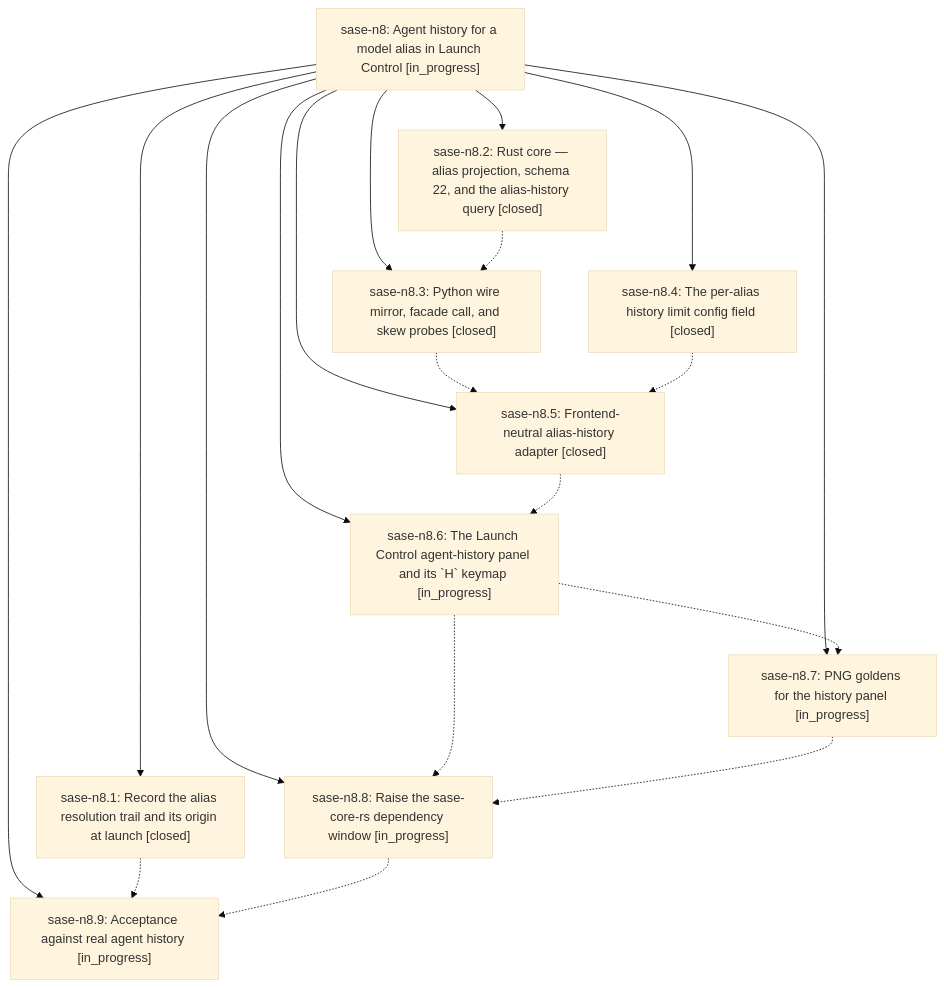
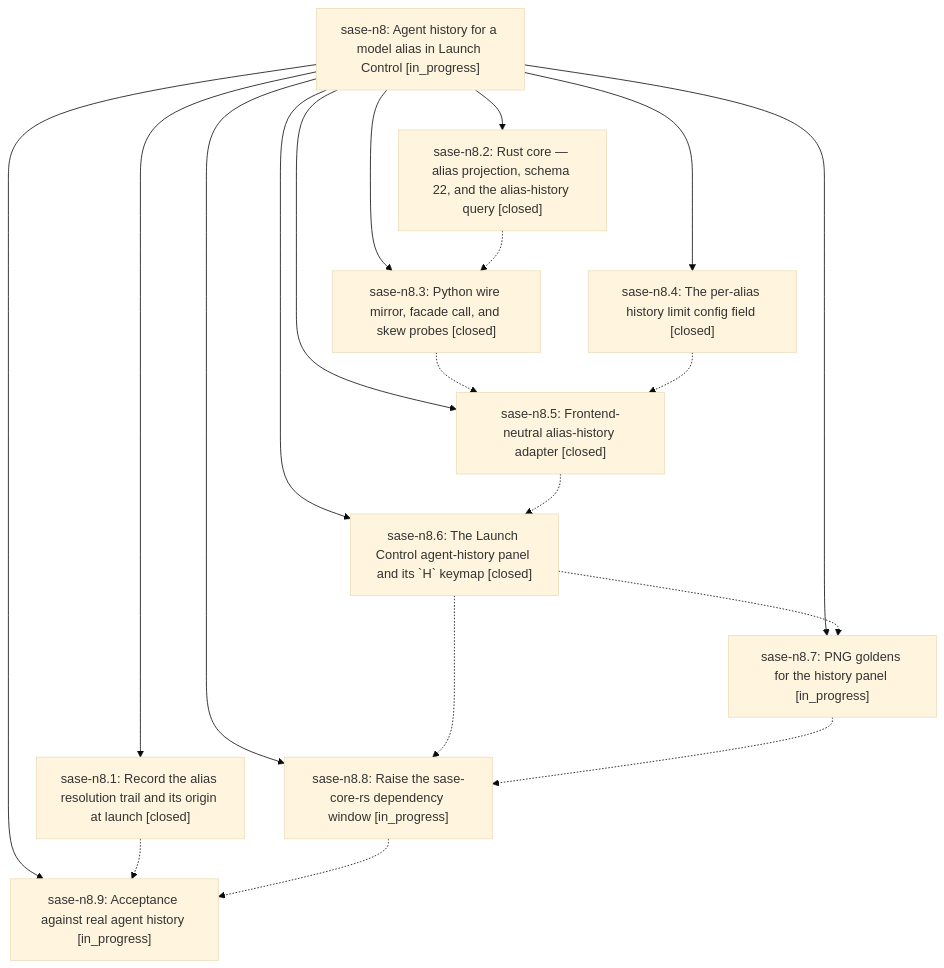
The diagram in pages/sase-n8/README.md (sase-org/sase--beads), drawn with Mermaid (base theme) before and after one commit. The commit also changed other lines of this file and 4 other files, not shown here.

````diff
--- a/pages/sase-n8/README.md
+++ b/pages/sase-n8/README.md
@@ -40,31 +40,31 @@
 ```mermaid
 flowchart TD
     n0["sase-n8: Agent history for a model alias in Launch Control [in_progress]"]
     n1["sase-n8.1: Record the alias resolution trail and its origin at launch [closed]"]
     n2["sase-n8.2: Rust core — alias projection, schema 22, and the alias-history query [closed]"]
     n3["sase-n8.3: Python wire mirror, facade call, and skew probes [closed]"]
     n4["sase-n8.4: The per-alias history limit config field [closed]"]
     n5["sase-n8.5: Frontend-neutral alias-history adapter [closed]"]
-    n6["sase-n8.6: The Launch Control agent-history panel and its `H` keymap [in_progress]"]
+    n6["sase-n8.6: The Launch Control agent-history panel and its `H` keymap [closed]"]
     n7["sase-n8.7: PNG goldens for the history panel [in_progress]"]
     n8["sase-n8.8: Raise the sase-core-rs dependency window [in_progress]"]
     n9["sase-n8.9: Acceptance against real agent history [in_progress]"]
     n0 --> n1
     n0 --> n2
     n0 --> n3
     n0 --> n4
     n0 --> n5
     n0 --> n6
     n0 --> n7
     n0 --> n8
     n0 --> n9
     n1 -.-> n9
     n2 -.-> n3
     n3 -.-> n5
     n4 -.-> n5
     n5 -.-> n6
     n6 -.-> n7
     n6 -.-> n8
     n7 -.-> n8
     n8 -.-> n9
 ```
````
